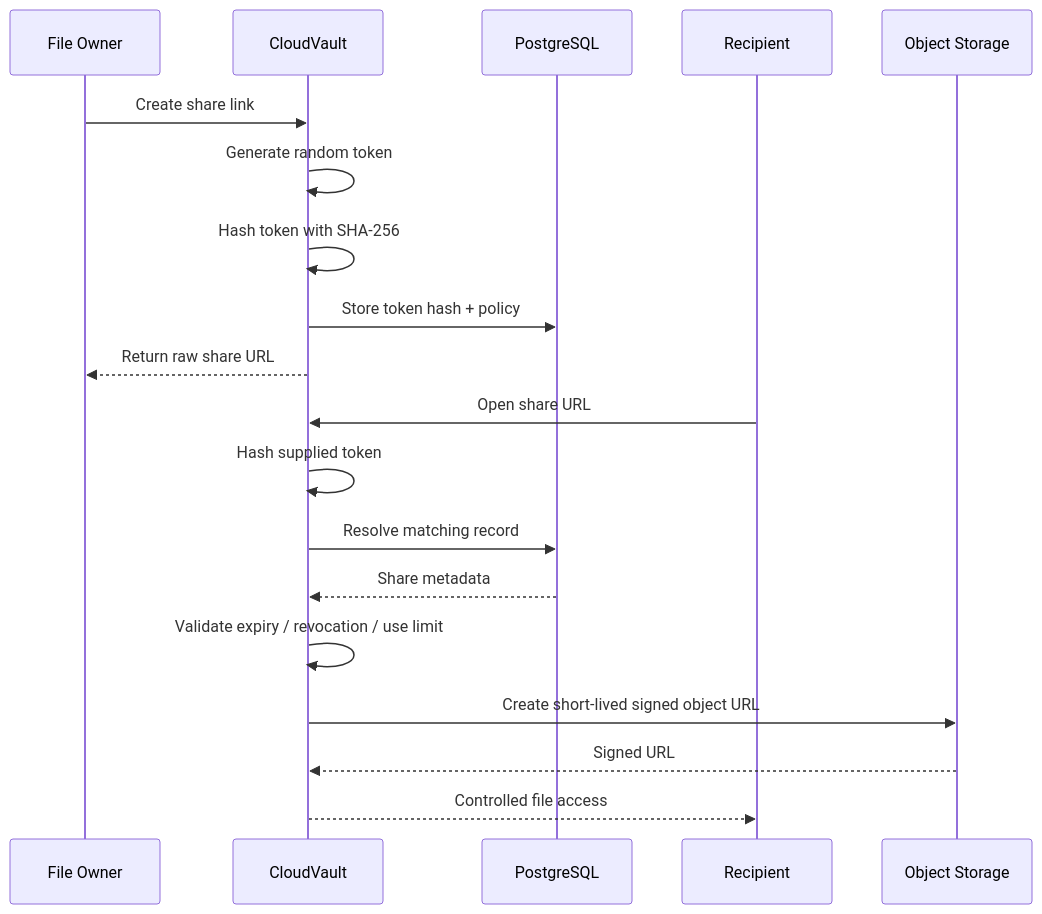
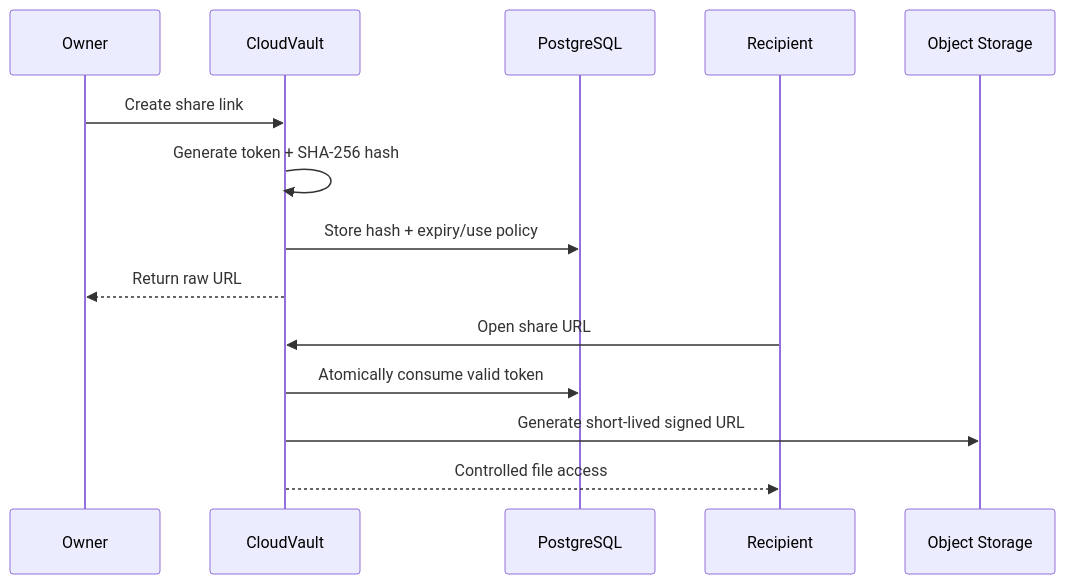
One commit to adityamsr2606/CloudVault-Distributed-Cloud-Storage-Platform changed the fourth of 5 diagrams in README.md. Above: the diagram before and after it, drawn with Mermaid. The commit also changed other lines of this file, not shown here.

Commit message:
Shorten README while preserving CloudVault architecture and design

````diff
--- a/README.md
+++ b/README.md
@@ -903,25 +295,18 @@
 ```mermaid
 sequenceDiagram
-    participant O as File Owner
+    participant O as Owner
     participant C as CloudVault
     participant D as PostgreSQL
     participant R as Recipient
     participant S as Object Storage
 
     O->>C: Create share link
-    C->>C: Generate random token
-    C->>C: Hash token with SHA-256
-    C->>D: Store token hash + policy
-
-    C-->>O: Return raw share URL
+    C->>C: Generate token + SHA-256 hash
+    C->>D: Store hash + expiry/use policy
+    C-->>O: Return raw URL
 
     R->>C: Open share URL
-    C->>C: Hash supplied token
-    C->>D: Resolve matching record
-    D-->>C: Share metadata
-
-    C->>C: Validate expiry / revocation / use limit
-    C->>S: Create short-lived signed object URL
-    S-->>C: Signed URL
+    C->>D: Atomically consume valid token
+    C->>S: Generate short-lived signed URL
     C-->>R: Controlled file access
 ```
````
